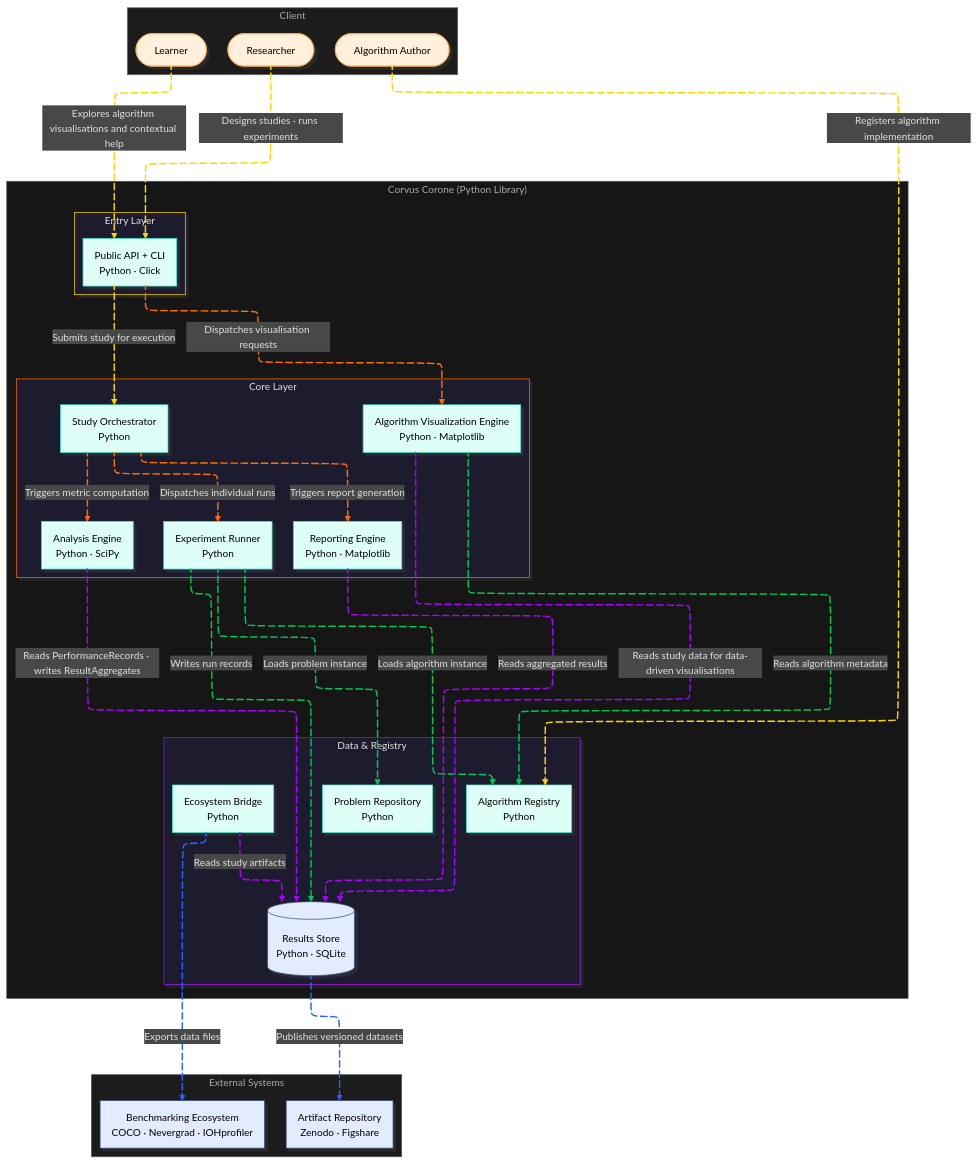
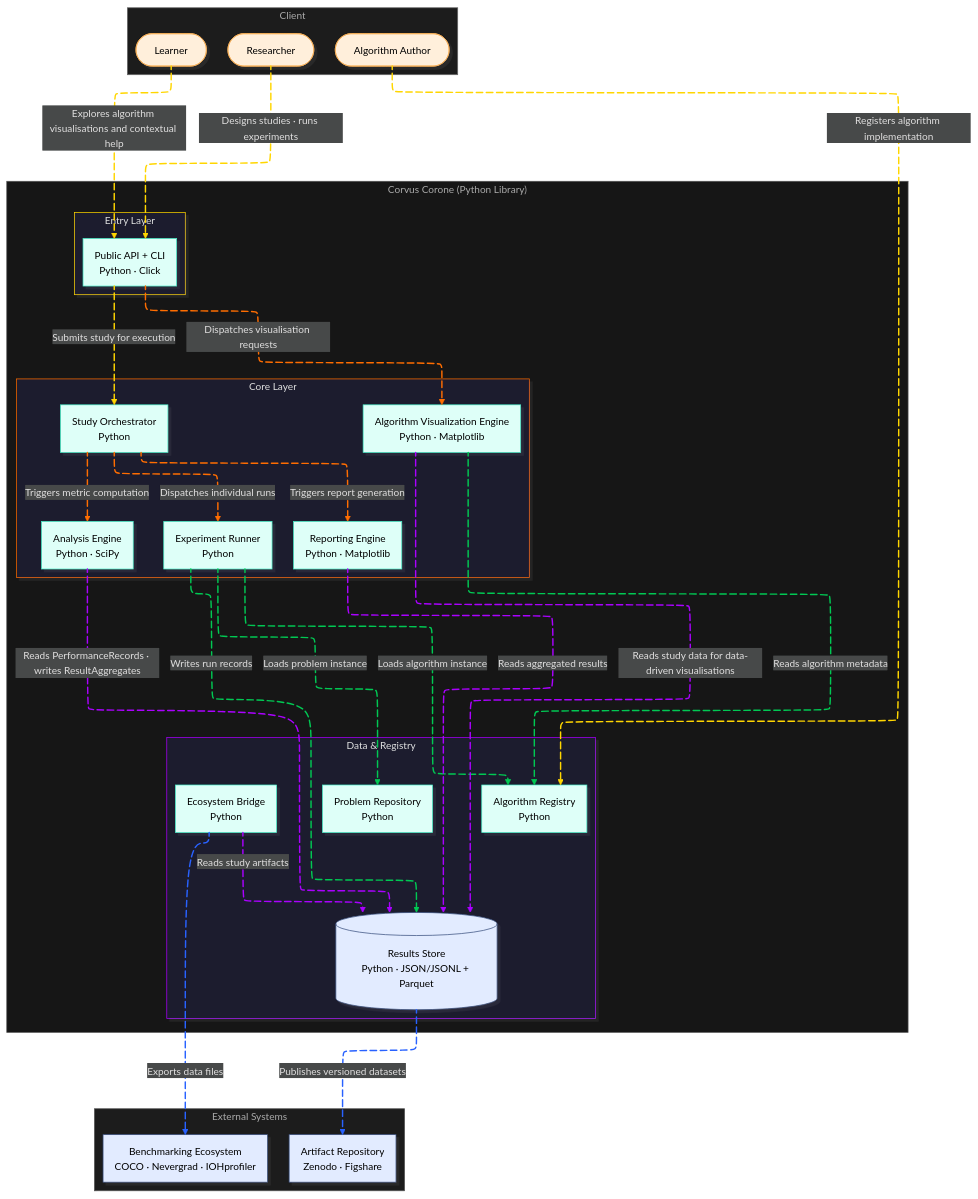
Before and after one commit to jedrzejpolaczek/aviarium.corvidae.corvus_corone: the diagram in docs/02-design/02-architecture/03-c4-leve2-containers/01-index.md, drawn with Mermaid. The commit also changed other lines of this file and 173 other files, not shown here.

```diff
--- a/docs/02-design/02-architecture/03-c4-leve2-containers/01-index.md
+++ b/docs/02-design/02-architecture/03-c4-leve2-containers/01-index.md
@@ -52,7 +52,7 @@
   subgraph DataLayer["Data & Registry"]
     registry["Algorithm Registry\nPython"]
     problems["Problem Repository\nPython"]
-    store[("Results Store\nPython · SQLite")]
+    store[("Results Store\nPython · JSON/JSONL + Parquet")]
     bridge["Ecosystem Bridge\nPython"]
   end
 
```
